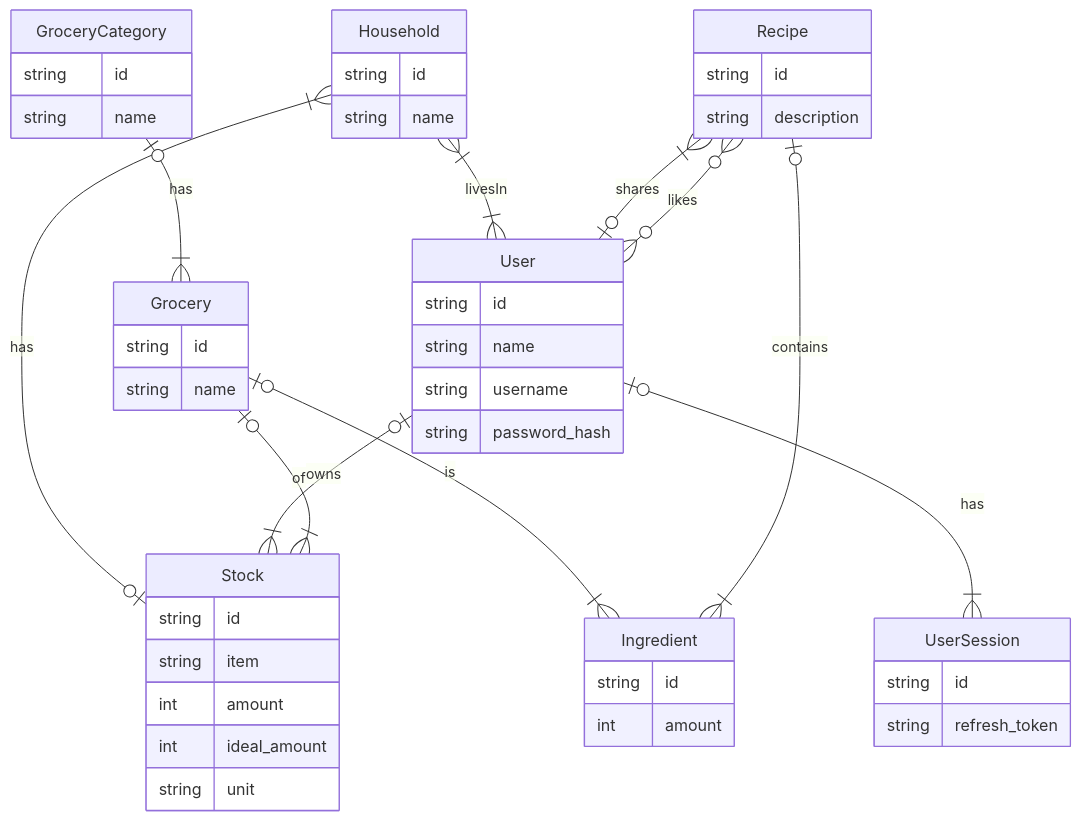
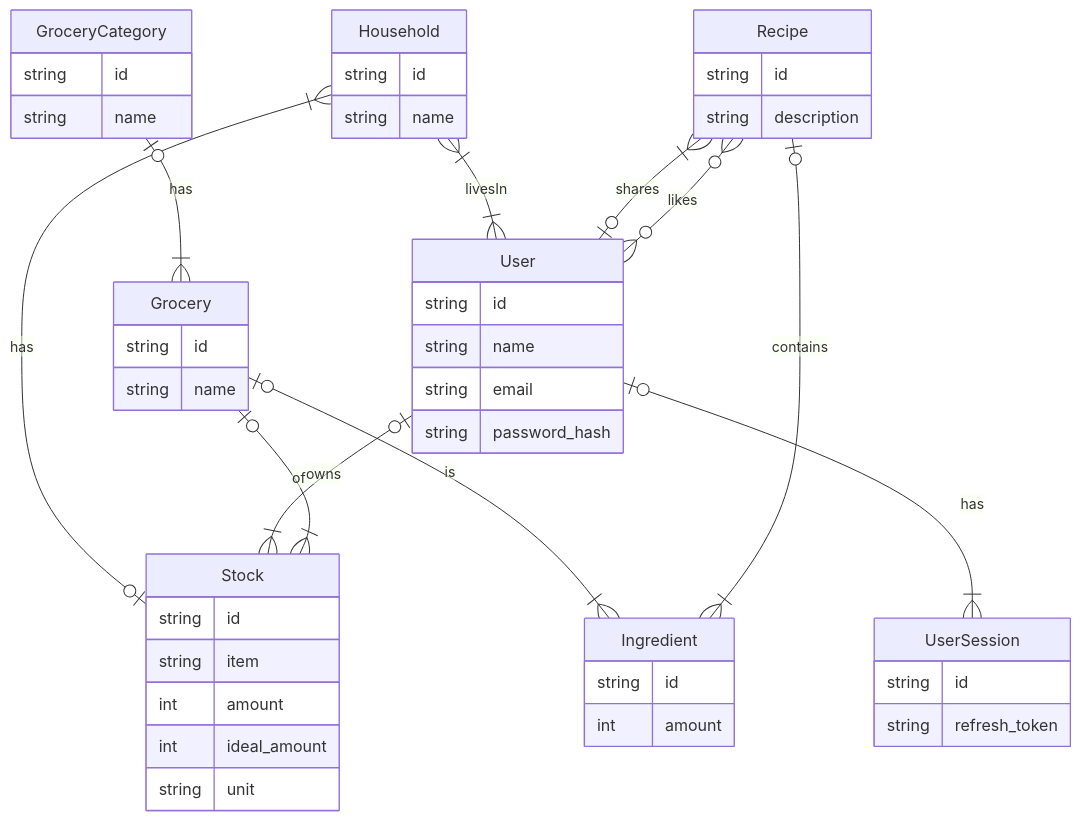
One commit to danielplan/wastend changed the diagram in docs/er-diagram.md. Above: the diagram before and after it, drawn with Mermaid. The commit also changed 4 other files, not shown here.

Commit message:
updated diagrams

````diff
--- a/docs/er-diagram.md
+++ b/docs/er-diagram.md
@@ -5,50 +5,50 @@
 ```mermaid
 erDiagram
     User {
         string id
         string name
-        string username
+        string email
         string password_hash
     }
     Grocery {
         string id
         string name
     }
     GroceryCategory {
         string id
         string name
     }
     Stock {
         string id
         string item
         int amount
         int ideal_amount
         string unit
     }
     Household {
         string id
         string name
     }
     Ingredient {
         string id
         int amount
     }
     Recipe {
         string id
         string description
     }
     UserSession {
         string id
         string refresh_token
     }
     Household }|--|{ User : livesIn
     Household }|--|o Stock : has
     Recipe }|--|o User : shares
     GroceryCategory o|--|{ Grocery : has
     User o|--|{ UserSession : has
     User o|--|{ Stock : owns
     Grocery o|--|{ Stock : of
     Grocery o|--|{ Ingredient : is
     Recipe o|--|{ Ingredient : contains
     Recipe o{--}o User : likes
 ```
````
